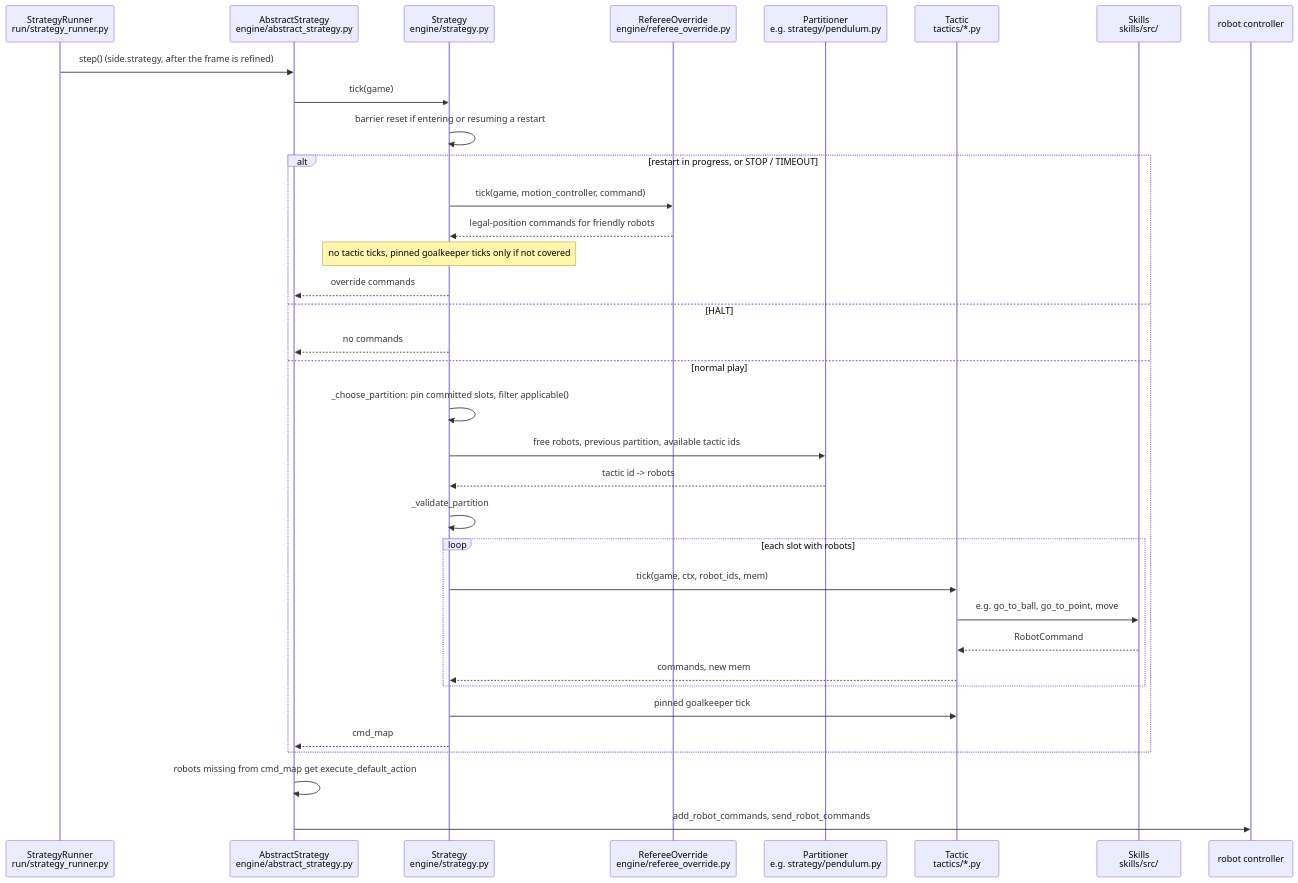
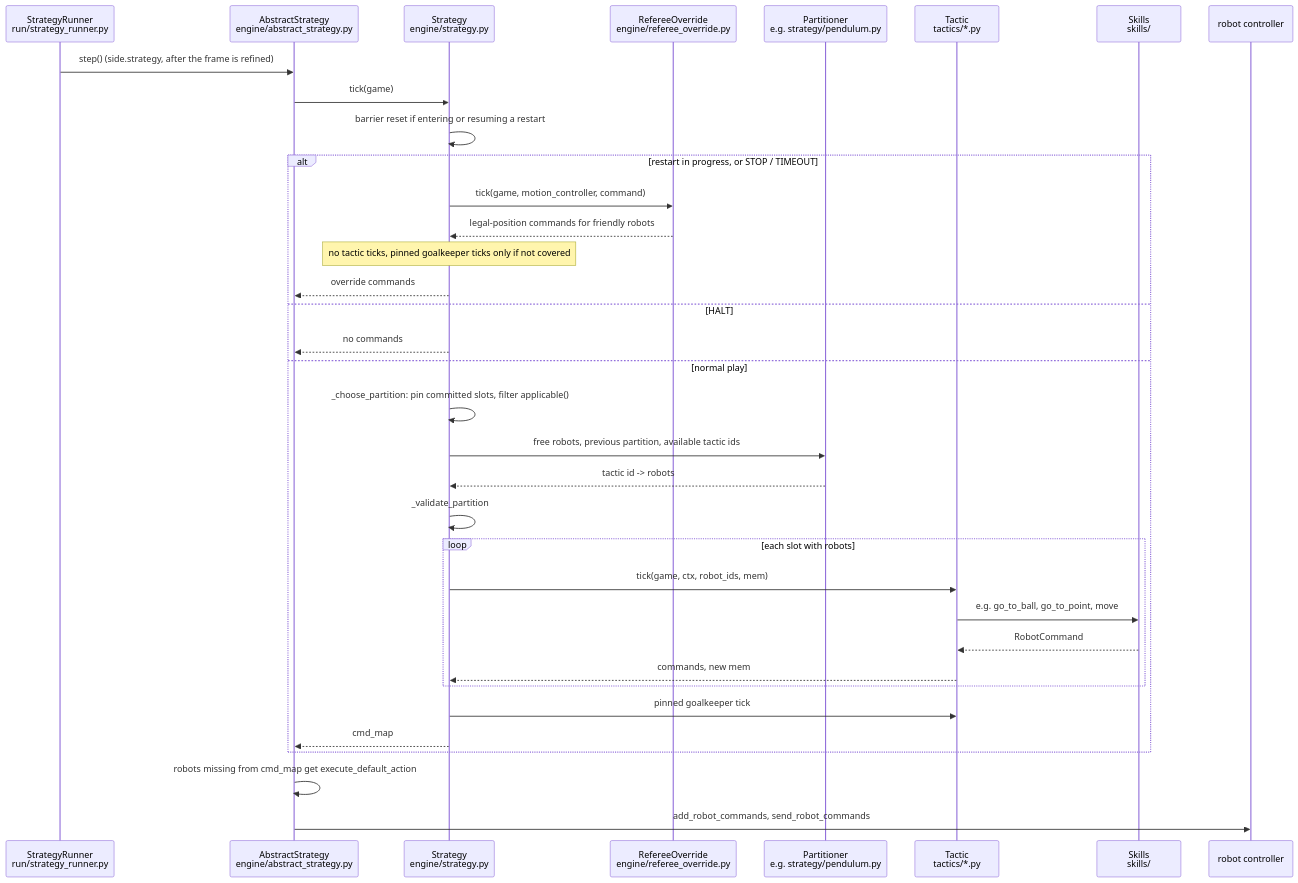
Before and after one commit to First-Order-RoboCup-SSL/Utama-Core: the first of 5 diagrams in docs/STRATEGY_DEVELOPMENT.md, drawn with Mermaid. The commit also changed other lines of this file and 306 other files, not shown here.

First line of the commit message:
structure: drop the src/ layer in skills, motion_planning, team_controller, rsoccer_simulator

````diff
--- a/docs/STRATEGY_DEVELOPMENT.md
+++ b/docs/STRATEGY_DEVELOPMENT.md
@@ -53,38 +53,38 @@
 ```mermaid
 sequenceDiagram
     participant SR as StrategyRunner<br/>run/strategy_runner.py
     participant AS as AbstractStrategy<br/>engine/abstract_strategy.py
     participant S as Strategy<br/>engine/strategy.py
     participant RO as RefereeOverride<br/>engine/referee_override.py
     participant P as Partitioner<br/>e.g. strategy/pendulum.py
     participant T as Tactic<br/>tactics/*.py
-    participant SK as Skills<br/>skills/src/
+    participant SK as Skills<br/>skills/
     participant RC as robot controller
 
     SR->>AS: step() (side.strategy, after the frame is refined)
     AS->>S: tick(game)
     S->>S: barrier reset if entering or resuming a restart
     alt restart in progress, or STOP / TIMEOUT
         S->>RO: tick(game, motion_controller, command)
         RO-->>S: legal-position commands for friendly robots
         Note over S: no tactic ticks, pinned goalkeeper ticks only if not covered
         S-->>AS: override commands
     else HALT
         S-->>AS: no commands
     else normal play
         S->>S: _choose_partition: pin committed slots, filter applicable()
         S->>P: free robots, previous partition, available tactic ids
         P-->>S: tactic id -> robots
         S->>S: _validate_partition
         loop each slot with robots
             S->>T: tick(game, ctx, robot_ids, mem)
             T->>SK: e.g. go_to_ball, go_to_point, move
             SK-->>T: RobotCommand
             T-->>S: commands, new mem
         end
         S->>T: pinned goalkeeper tick
         S-->>AS: cmd_map
     end
     AS->>AS: robots missing from cmd_map get execute_default_action
     AS->>RC: add_robot_commands, send_robot_commands
 ```
````
